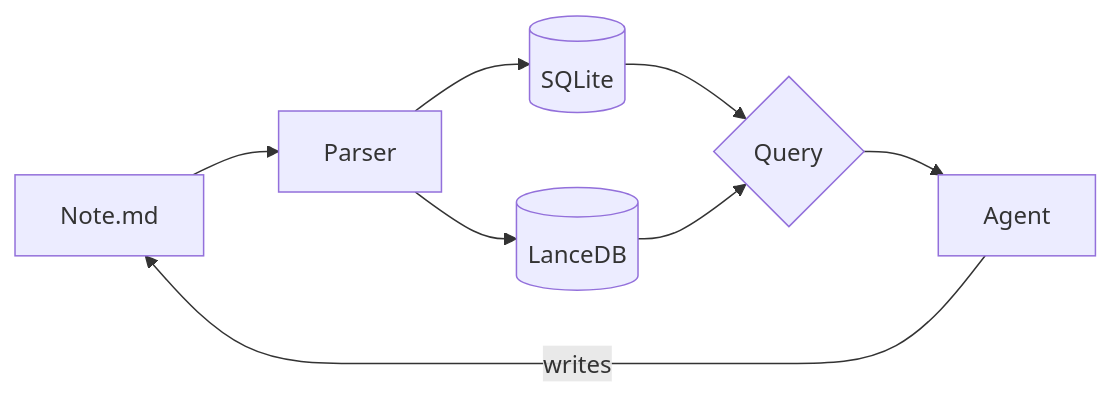
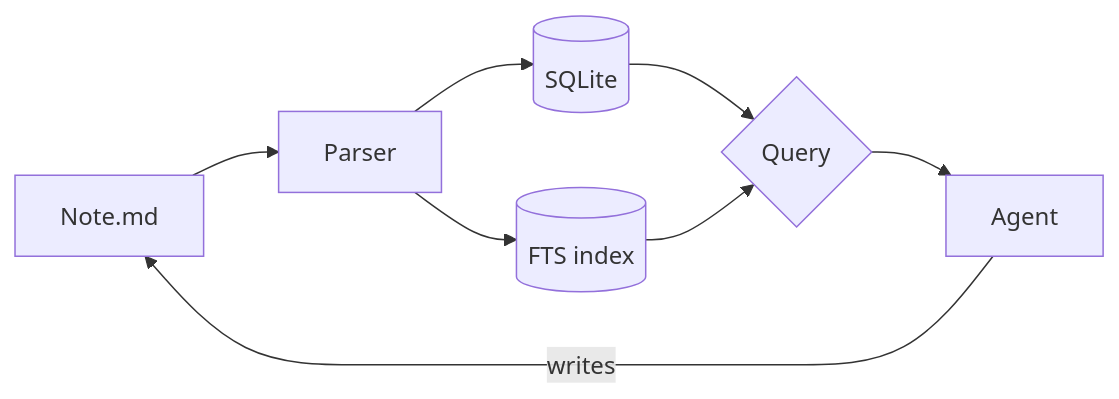
Before and after one commit to Mootikins/crucible: the first of 8 diagrams in docs/Help/Diagrams and Math.md, drawn with Mermaid. The commit also changed other lines of this file and 87 other files, not shown here.

````diff
--- a/docs/Help/Diagrams and Math.md
+++ b/docs/Help/Diagrams and Math.md
@@ -128,10 +129,10 @@
 ```mermaid
 flowchart LR
   N["Note.md"] --> P["Parser"]
   P --> S[("SQLite")]
-  P --> V[("LanceDB")]
+  P --> F[("FTS index")]
   S --> Q{"Query"}
-  V --> Q
+  F --> Q
   Q --> A["Agent"]
   A -->|writes| N
 ```
````
